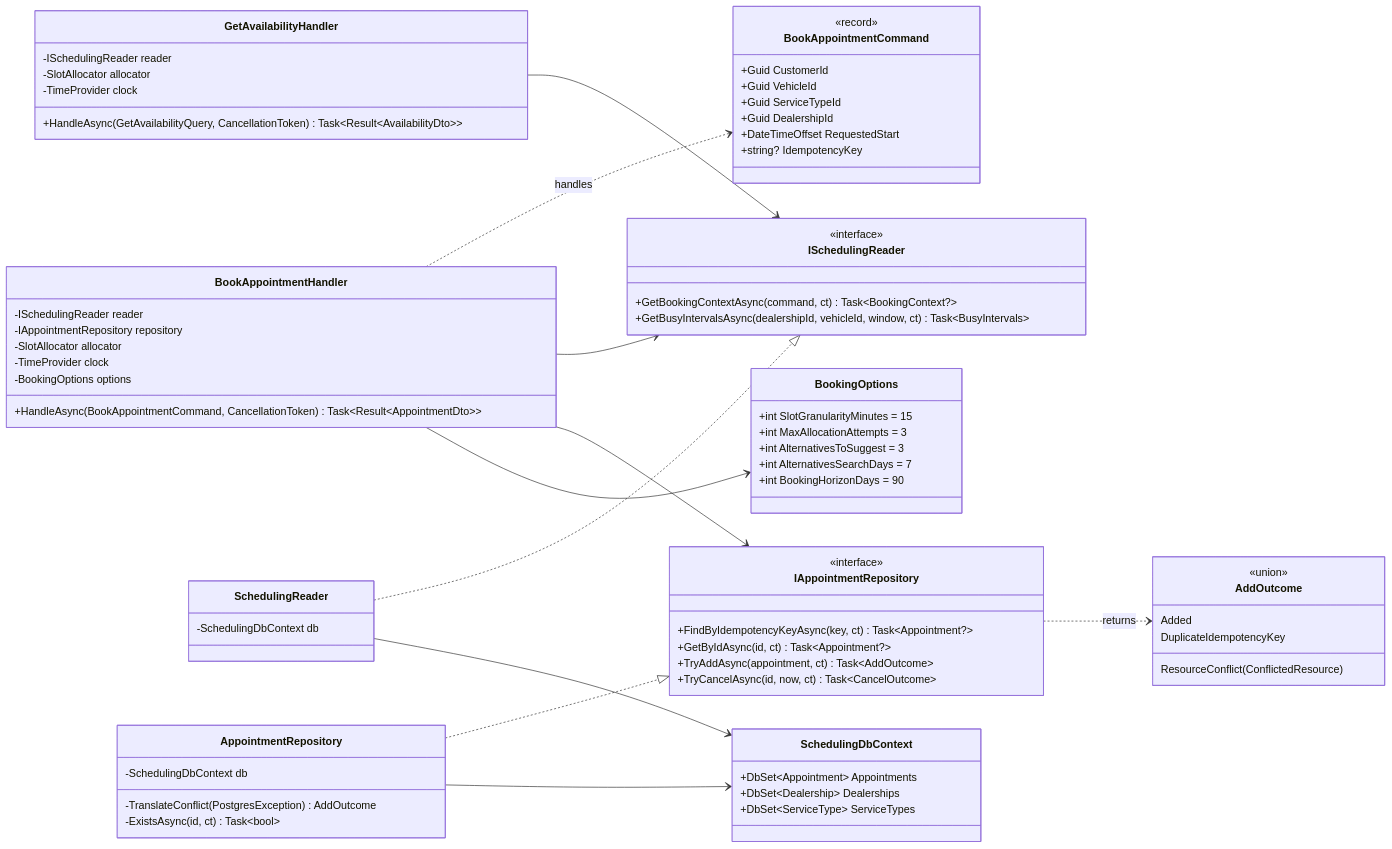
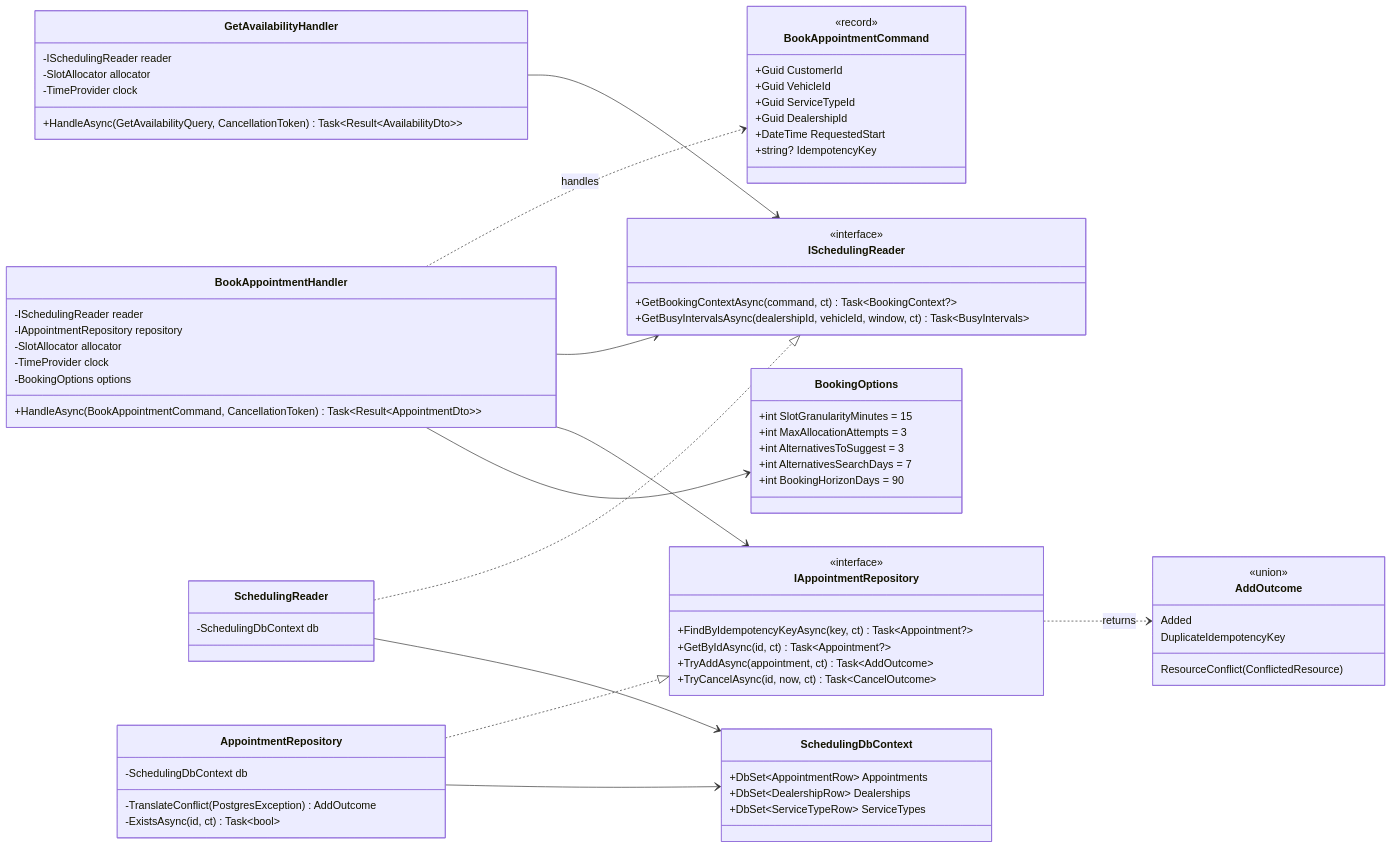
Before and after one commit to VietDangiT/unified-service-scheduler: the sixth of 10 diagrams in docs/system-design.md, drawn with Mermaid. The commit also changed other lines of this file and 83 other files, not shown here.

```diff
--- a/docs/system-design.md
+++ b/docs/system-design.md
@@ -470,7 +466,7 @@
         +Guid VehicleId
         +Guid ServiceTypeId
         +Guid DealershipId
-        +DateTimeOffset RequestedStart
+        +DateTime RequestedStart
         +string? IdempotencyKey
     }
 
@@ -512,9 +508,9 @@
         -ExistsAsync(id, ct) Task~bool~
     }
     class SchedulingDbContext {
-        +DbSet~Appointment~ Appointments
-        +DbSet~Dealership~ Dealerships
-        +DbSet~ServiceType~ ServiceTypes
+        +DbSet~AppointmentRow~ Appointments
+        +DbSet~DealershipRow~ Dealerships
+        +DbSet~ServiceTypeRow~ ServiceTypes
     }
 
     BookAppointmentHandler ..> BookAppointmentCommand : handles
```
